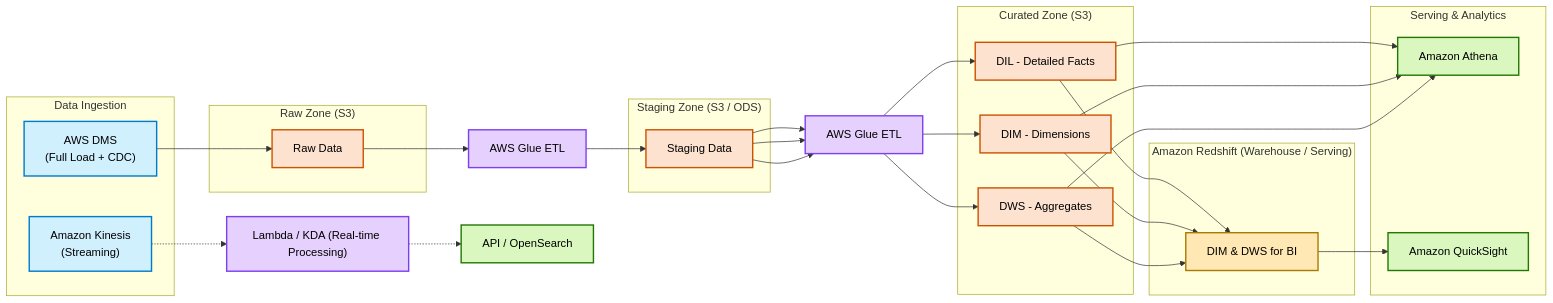
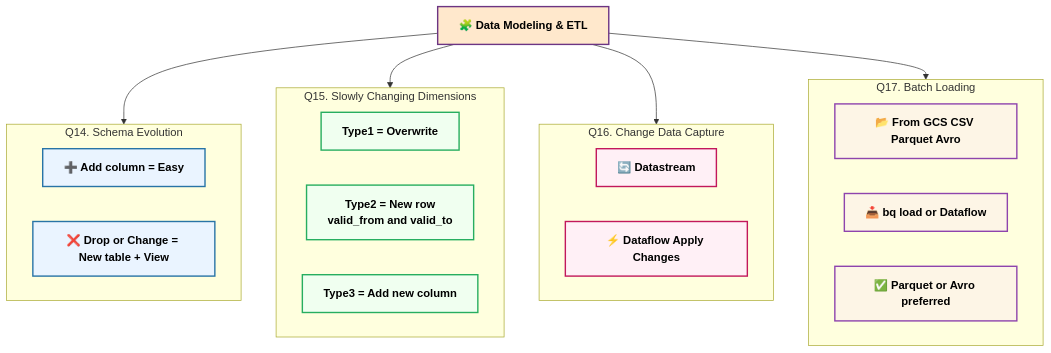
Before and after one commit to blaire101/DE2-AWS-Azure-GCP-2025: the ninth of 13 diagrams in README.md, drawn with Mermaid. The commit also changed other lines of this file and 2 other files, not shown here.

````diff
--- a/README.md
+++ b/README.md
@@ -79,63 +380,37 @@
 ```mermaid
-flowchart LR
-    %% ===== Layers =====
-    subgraph L1["Data Ingestion"]
-        DMS["AWS DMS <br> (Full Load + CDC)"]
-        KIN["Amazon Kinesis <br> (Streaming)"]
+flowchart TB
+    classDef main fill:#ffe8cc,stroke:#6c3483,stroke-width:2px,font-weight:bold,color:#000
+    classDef schema fill:#eaf4ff,stroke:#2874a6,stroke-width:2px,color:#000,font-weight:bold
+    classDef scd fill:#f0fff0,stroke:#27ae60,stroke-width:2px,color:#000,font-weight:bold
+    classDef cdc fill:#fff0f6,stroke:#c2185b,stroke-width:2px,color:#000,font-weight:bold
+    classDef batch fill:#fdf5e6,stroke:#8e44ad,stroke-width:2px,color:#000,font-weight:bold
+
+    A[🧩 Data Modeling & ETL]:::main
+
+    subgraph SE["Q14. Schema Evolution"]
+      B1[➕ Add column = Easy]:::schema
+      B2[❌ Drop or Change = New table + View]:::schema
     end
 
-    subgraph L2["Raw Zone (S3)"]
-        RAW["Raw Data"]
+    subgraph SCD["Q15. Slowly Changing Dimensions"]
+      C1[Type1 = Overwrite]:::scd
+      C2[Type2 = New row<br/>valid_from and valid_to]:::scd
+      C3[Type3 = Add new column]:::scd
     end
 
-    subgraph L3["Staging Zone (S3 / ODS)"]
-        STG["Staging Data"]
+    subgraph CDC["Q16. Change Data Capture"]
+      D1[🔄 Datastream]:::cdc
+      D2[⚡ Dataflow Apply Changes]:::cdc
     end
 
-    subgraph L4["Curated Zone (S3)"]
-        DIL["DIL - Detailed Facts"]
-        DIM["DIM - Dimensions"]
-        DWS["DWS - Aggregates"]
+    subgraph BL["Q17. Batch Loading"]
+      E1[📂 From GCS CSV Parquet Avro]:::batch
+      E2[📥 bq load or Dataflow]:::batch
+      E3[✅ Parquet or Avro preferred]:::batch
     end
 
-    subgraph L5["Amazon Redshift (Warehouse / Serving)"]
-        RS["DIM & DWS for BI"]
-    end
-
-    subgraph L6["Serving & Analytics"]
-        ATH["Amazon Athena"]
-        QS["Amazon QuickSight"]
-    end
-
-    %% ===== Paths =====
-    DMS --> RAW
-    RAW --> GETL1["AWS Glue ETL"] --> STG
-    STG --> GETL2["AWS Glue ETL"] --> DIL
-    STG --> GETL2 --> DIM
-    STG --> GETL2 --> DWS
-
-    DIL --> RS
-    DIM --> RS
-    DWS --> RS
-
-    DIL --> ATH
-    DIM --> ATH
-    DWS --> ATH
-    RS --> QS
-
-    %% ===== Optional streaming path =====
-    KIN -.-> RT1["Lambda / KDA (Real-time Processing)"] -.-> API["API / OpenSearch"]
-
-    %% ===== Styles =====
-    classDef ing  fill:#d0f0fd,stroke:#007acc,stroke-width:2px,color:#000;
-    classDef stor fill:#fde2d0,stroke:#cc5200,stroke-width:2px,color:#000;
-    classDef proc fill:#e6d0fd,stroke:#7e3ff2,stroke-width:2px,color:#000;
-    classDef wh   fill:#ffe8b3,stroke:#aa7a00,stroke-width:2px,color:#000;
-    classDef srv  fill:#d9f7be,stroke:#237804,stroke-width:2px,color:#000;
-
-    class DMS,KIN ing
-    class RAW,STG,DIL,DIM,DWS stor
-    class GETL1,GETL2,RT1 proc
-    class RS wh
-    class ATH,QS,API srv
+    A --> SE
+    A --> SCD
+    A --> CDC
+    A --> BL
 ```
````
